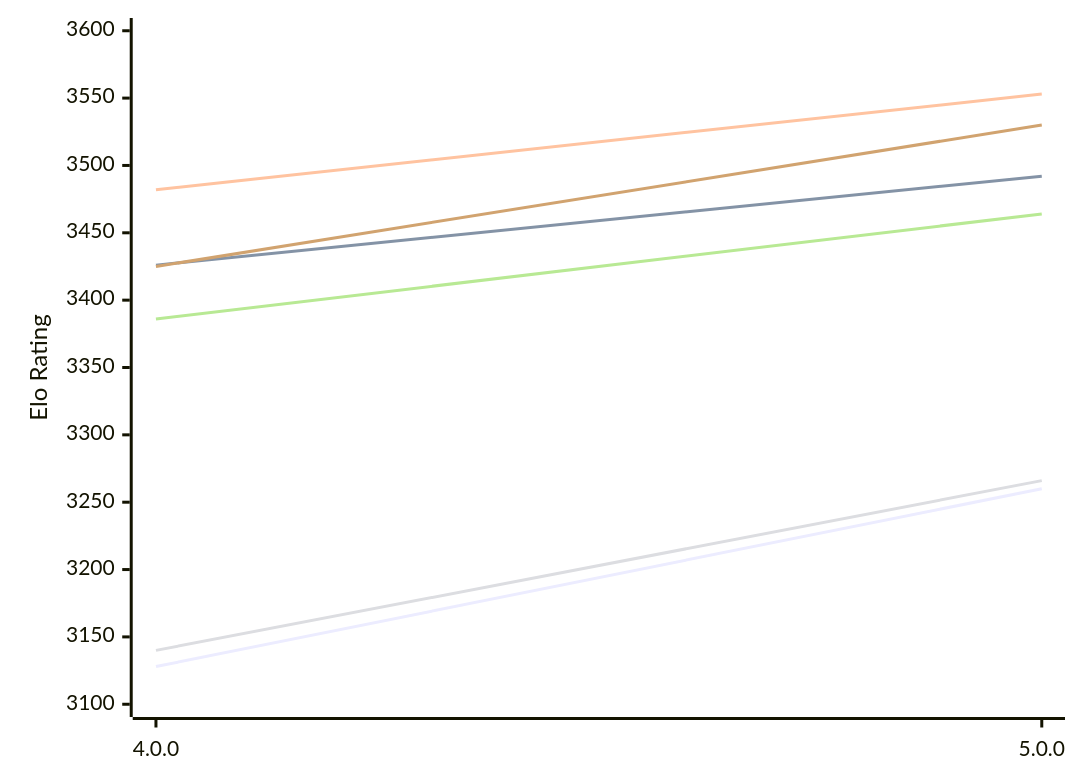
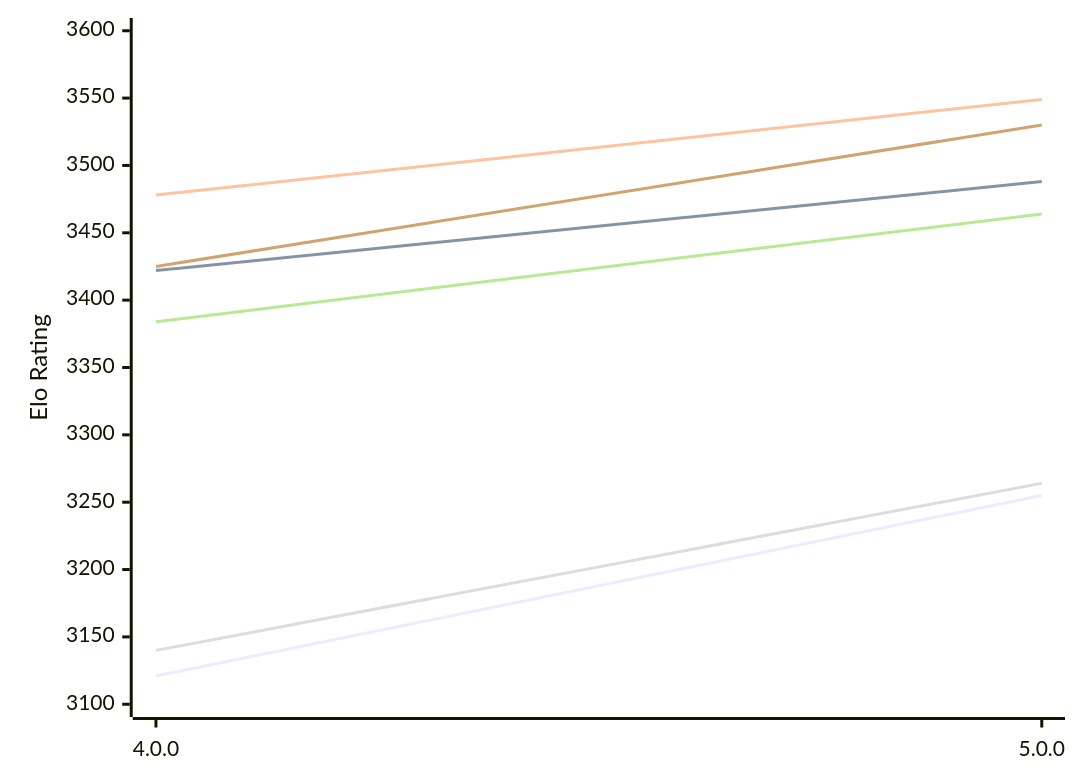
Before and after one commit to computer-chess-index/cci: the first of 2 diagrams in engines/Avalanche.md, drawn with Mermaid. The commit also changed other lines of this file, not shown here.

Commit message:
Update CCI Ratings (ELO VLTC) - 2026-11-26

````diff
--- a/engines/Avalanche.md
+++ b/engines/Avalanche.md
@@ -50,12 +50,12 @@
 ```mermaid
 %%{init: {"theme":"base","themeVariables":{"seriesColors:['#a3a3a3','#222221','#faa371']}}}%%
 xychart-beta
   x-axis ["4.0.0", "5.0.0"]
   y-axis "Elo Rating" 3100 --> 3600
-  line "E1: STC (8.0+0.08s)" [3128, 3260]
-  line "E1: LTC (60.0+0.60s)" [3426, 3492]
-  line "E1: VLTC (2m24s+1.12s)" [3482, 3553]
-  line "P1: STC (8.0+0.08s)" [3140, 3266]
-  line "P1: LTC (60.0+0.60s)" [3386, 3464]
+  line "E1: STC (8.0+0.08s)" [3121, 3255]
+  line "E1: LTC (60.0+0.60s)" [3422, 3488]
+  line "E1: VLTC (2m24s+1.12s)" [3478, 3549]
+  line "P1: STC (8.0+0.08s)" [3140, 3264]
+  line "P1: LTC (60.0+0.60s)" [3384, 3464]
   line "P1: VLTC (2m24s+1.12s)" [3425, 3530]
 ```
````
